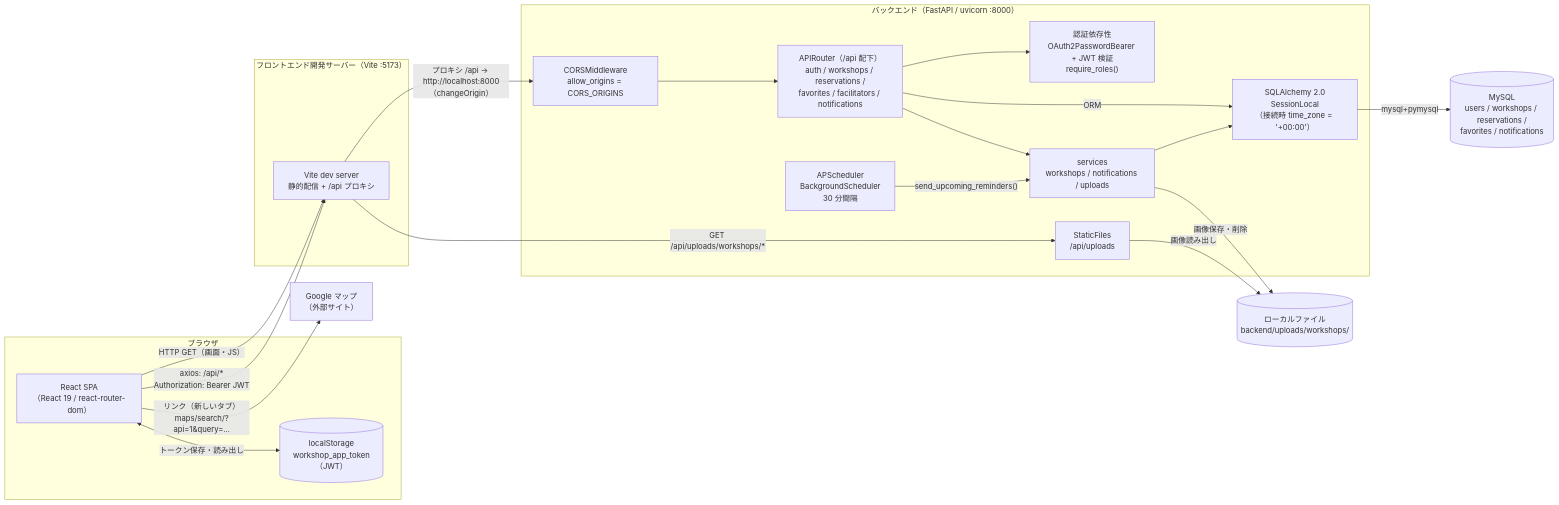
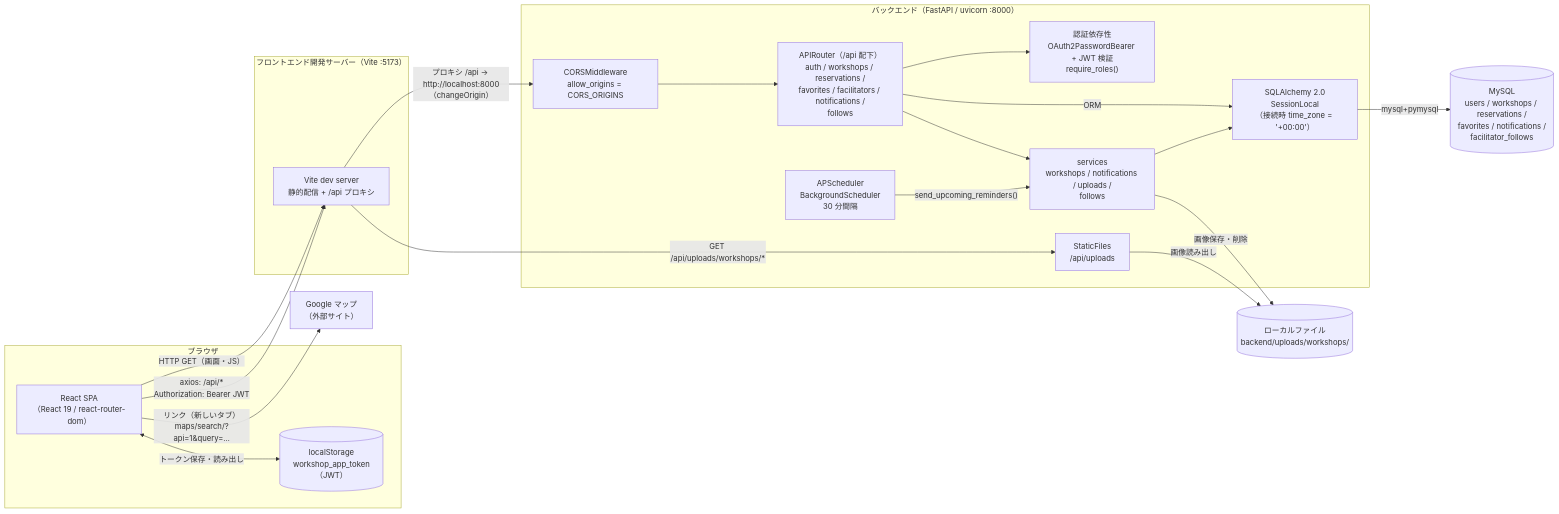
One commit to yoshi-2525/workshop-app changed the diagram in docs/design/system-architecture.md. Above: the diagram before and after it, drawn with Mermaid. The commit also changed other lines of this file and 71 other files, not shown here.

````diff
--- a/docs/design/system-architecture.md
+++ b/docs/design/system-architecture.md
@@ -9,41 +11,41 @@
 ```mermaid
 flowchart LR
     subgraph Client["ブラウザ"]
         SPA["React SPA<br/>（React 19 / react-router-dom）"]
         LS[("localStorage<br/>workshop_app_token（JWT）")]
     end
 
     subgraph FE["フロントエンド開発サーバー（Vite :5173）"]
         VITE["Vite dev server<br/>静的配信 + /api プロキシ"]
     end
 
     subgraph BE["バックエンド（FastAPI / uvicorn :8000）"]
         CORS["CORSMiddleware<br/>allow_origins = CORS_ORIGINS"]
-        ROUTERS["APIRouter（/api 配下）<br/>auth / workshops / reservations /<br/>favorites / facilitators / notifications"]
+        ROUTERS["APIRouter（/api 配下）<br/>auth / workshops / reservations /<br/>favorites / facilitators / notifications /<br/>follows"]
         DEPS["認証依存性<br/>OAuth2PasswordBearer + JWT 検証<br/>require_roles()"]
-        SERVICES["services<br/>workshops / notifications / uploads"]
+        SERVICES["services<br/>workshops / notifications / uploads /<br/>follows"]
         STATIC["StaticFiles<br/>/api/uploads"]
         SCHED["APScheduler<br/>BackgroundScheduler<br/>30 分間隔"]
         ORM["SQLAlchemy 2.0<br/>SessionLocal<br/>（接続時 time_zone = '+00:00'）"]
     end
 
-    DB[("MySQL<br/>users / workshops / reservations /<br/>favorites / notifications")]
+    DB[("MySQL<br/>users / workshops / reservations /<br/>favorites / notifications /<br/>facilitator_follows")]
     FS[("ローカルファイル<br/>backend/uploads/workshops/")]
     GMAP["Google マップ<br/>（外部サイト）"]
 
     SPA -->|"HTTP GET（画面・JS）"| VITE
     SPA -->|"axios: /api/*<br/>Authorization: Bearer JWT"| VITE
     VITE -->|"プロキシ /api → http://localhost:8000<br/>（changeOrigin）"| CORS
     CORS --> ROUTERS
     ROUTERS --> DEPS
     ROUTERS --> SERVICES
     ROUTERS -->|"ORM"| ORM
     SERVICES --> ORM
     ORM -->|"mysql+pymysql"| DB
     SERVICES -->|"画像保存・削除"| FS
     STATIC -->|"画像読み出し"| FS
     VITE -->|"GET /api/uploads/workshops/*"| STATIC
     SCHED -->|"send_upcoming_reminders()"| SERVICES
     SPA <-->|"トークン保存・読み出し"| LS
     SPA -->|"リンク（新しいタブ）<br/>maps/search/?api=1&query=…"| GMAP
 ```
````
